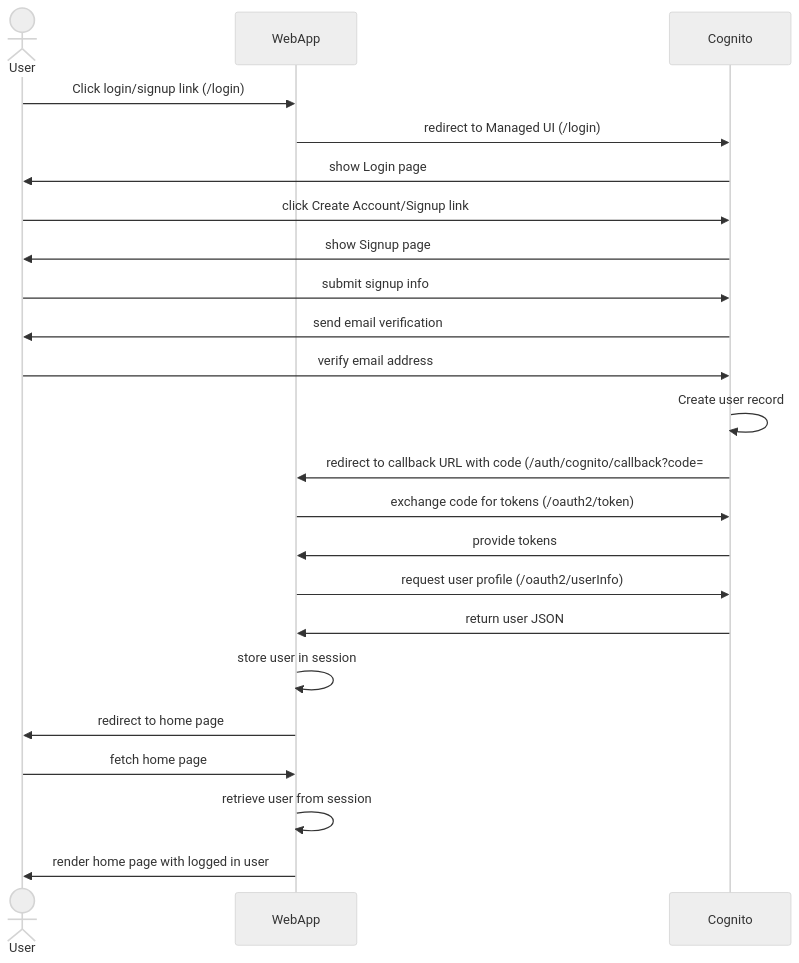
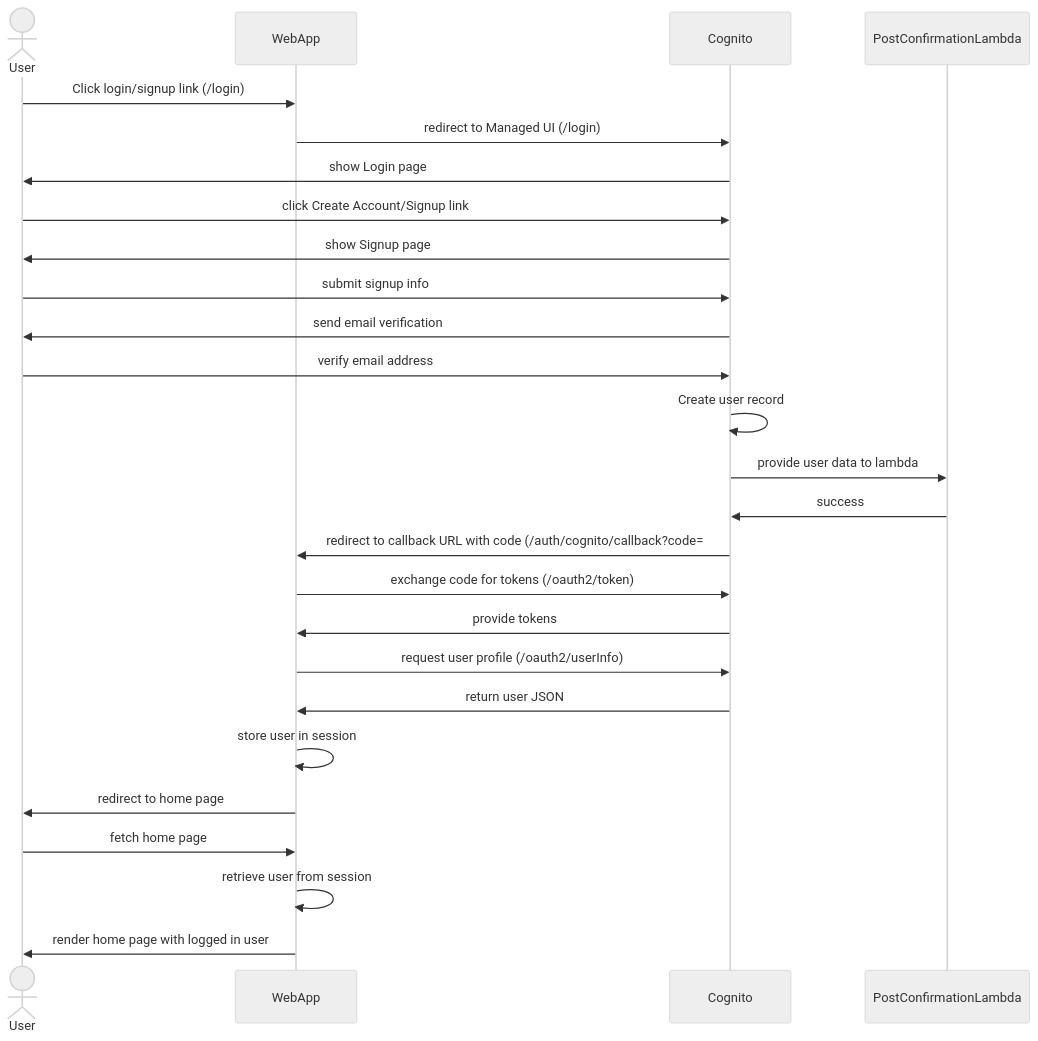
The diagram in Readme.md (chris/echo-cognito-auth), drawn with Mermaid (neutral theme) before and after one commit.

Commit message:
Update sequence diagram to include post confirmation lambda.

````diff
--- a/Readme.md
+++ b/Readme.md
@@ -30,24 +30,26 @@
 ```mermaid
 sequenceDiagram
   actor User
 
   User->>WebApp: Click login/signup link (/login)
   WebApp->>Cognito: redirect to Managed UI (/login)
   Cognito->>User: show Login page
   User->>Cognito: click Create Account/Signup link
   Cognito->>User: show Signup page
   User->>Cognito: submit signup info
   Cognito->>User: send email verification
   User->>Cognito: verify email address
   Cognito->>Cognito: Create user record
+  Cognito->>PostConfirmationLambda: provide user data to lambda
+  PostConfirmationLambda->>Cognito: success
   Cognito->>WebApp: redirect to callback URL with code (/auth/cognito/callback?code=####)
   WebApp->>Cognito: exchange code for tokens (/oauth2/token)
   Cognito->>WebApp: provide tokens
   WebApp->>Cognito: request user profile (/oauth2/userInfo)
   Cognito->>WebApp: return user JSON
   WebApp->>WebApp: store user in session
   WebApp->>User: redirect to home page
   User->>WebApp: fetch home page
   WebApp->>WebApp: retrieve user from session
   WebApp->>User: render home page with logged in user
 ```
````
